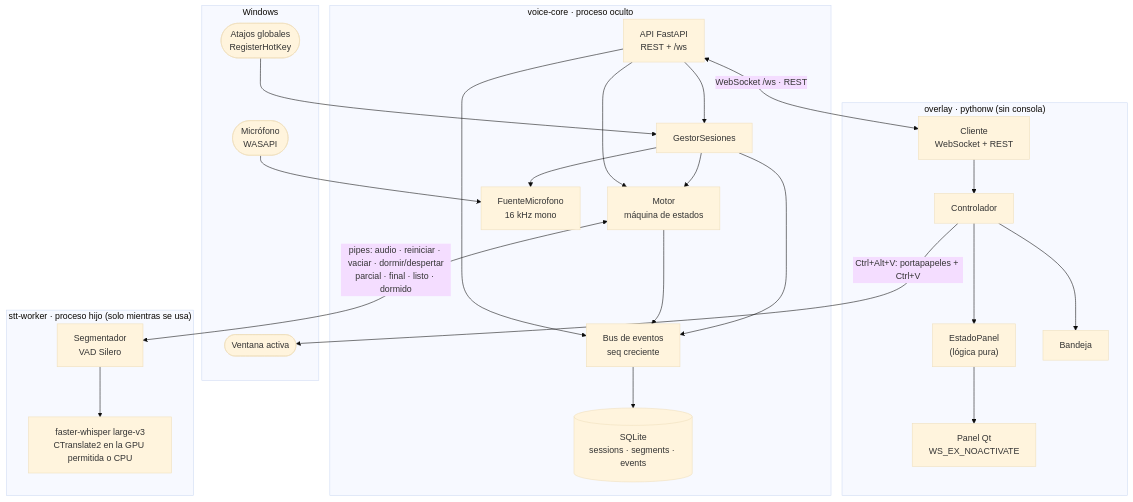
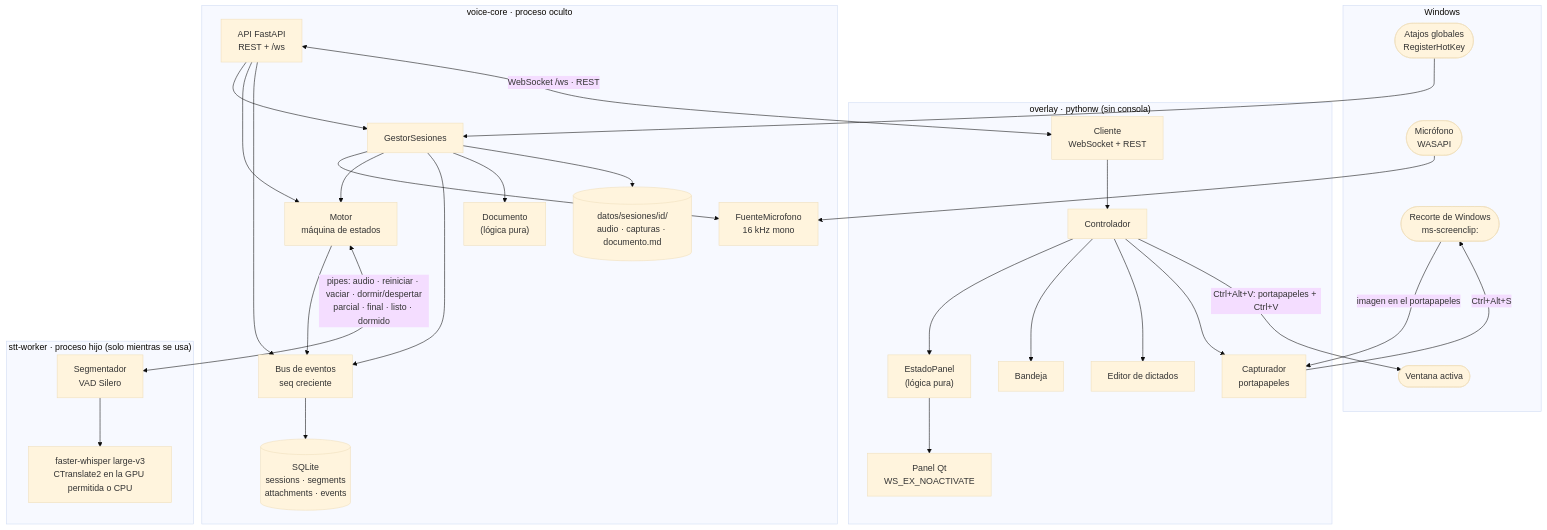
The first of 6 diagrams in docs/ARQUITECTURA.md (JeanCarloMacan/Desktop-transcriber), drawn with Mermaid (base theme) before and after one commit. The commit also changed other lines of this file and 34 other files, not shown here.

Commit message:
F3: capturas en el dictado, editor de sesiones y Copiar para IA (v0.3.0)

````diff
--- a/docs/ARQUITECTURA.md
+++ b/docs/ARQUITECTURA.md
@@ -13,48 +13,59 @@
 ```mermaid
 flowchart TB
     subgraph win["Windows"]
         mic(["Micrófono<br/>WASAPI"])
         teclado(["Atajos globales<br/>RegisterHotKey"])
         activa(["Ventana activa"])
+        recorte(["Recorte de Windows<br/>ms-screenclip:"])
     end
 
     subgraph ov["overlay · pythonw (sin consola)"]
         ctl["Controlador"]
         est["EstadoPanel<br/>(lógica pura)"]
         pan["Panel Qt<br/>WS_EX_NOACTIVATE"]
         tray["Bandeja"]
+        edi["Editor de dictados"]
+        cap["Capturador<br/>portapapeles"]
         cli["Cliente<br/>WebSocket + REST"]
         ctl --> est --> pan
         ctl --> tray
+        ctl --> edi
+        ctl --> cap
         cli --> ctl
     end
 
     subgraph vc["voice-core · proceso oculto"]
         api["API FastAPI<br/>REST + /ws"]
         ses["GestorSesiones"]
+        doc["Documento<br/>(lógica pura)"]
         mot["Motor<br/>máquina de estados"]
         bus["Bus de eventos<br/>seq creciente"]
-        db[("SQLite<br/>sessions · segments · events")]
+        db[("SQLite<br/>sessions · segments<br/>attachments · events")]
+        disco[("datos/sesiones/id/<br/>audio · capturas · documento.md")]
         fuente["FuenteMicrofono<br/>16 kHz mono"]
         ses --> fuente
         ses --> mot
         ses --> bus
+        ses --> doc
+        ses --> disco
         mot --> bus
         bus --> db
         api --> ses
         api --> mot
         api --> bus
     end
 
     subgraph wk["stt-worker · proceso hijo (solo mientras se usa)"]
         seg["Segmentador<br/>VAD Silero"]
         fw["faster-whisper large-v3<br/>CTranslate2 en la GPU permitida o CPU"]
         seg --> fw
     end
 
     mic --> fuente
     teclado --> ses
     mot <-- "pipes: audio · reiniciar · vaciar · dormir/despertar<br/>parcial · final · listo · dormido" --> seg
     api <-- "WebSocket /ws · REST" --> cli
     ctl -- "Ctrl+Alt+V: portapapeles + Ctrl+V" --> activa
+    cap -- "Ctrl+Alt+S" --> recorte
+    recorte -- "imagen en el portapapeles" --> cap
 ```
````
